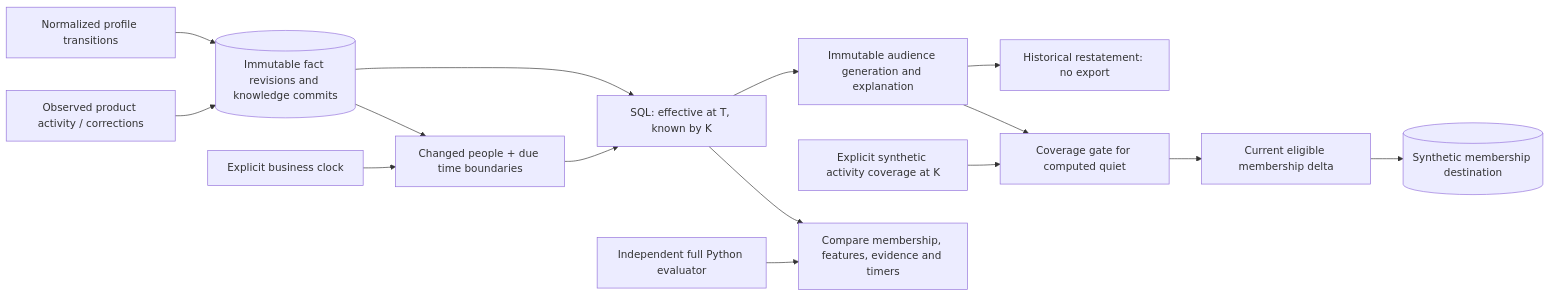
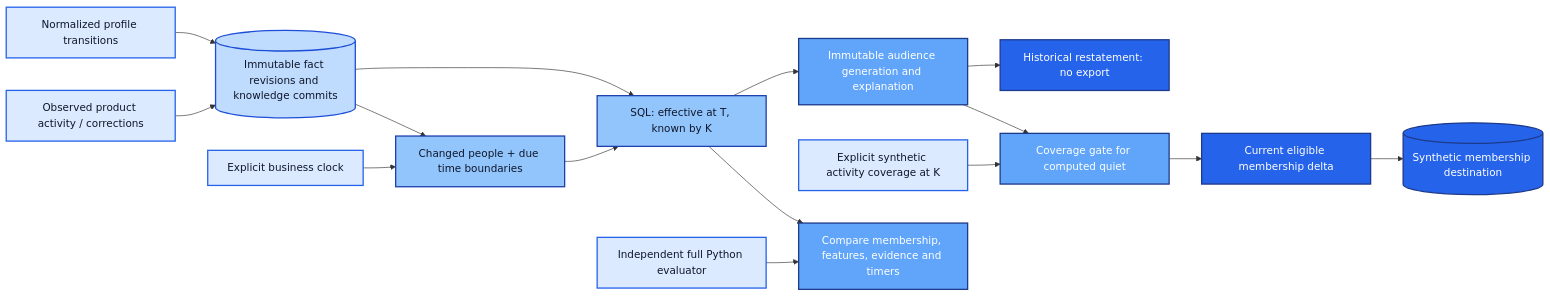
The diagram in README.md (rlbsem/temporal-customer-audiences), drawn with Mermaid before and after one commit.

Commit message:
Style architecture diagram

````diff
--- a/README.md
+++ b/README.md
@@ -24,17 +24,29 @@
 ```mermaid
 flowchart LR
   P[Normalized profile transitions] --> L[(Immutable fact revisions and knowledge commits)]
   E[Observed product activity / corrections] --> L
   L --> Q[SQL: effective at T, known by K]
   C[Explicit business clock] --> I[Changed people + due time boundaries]
   L --> I
   I --> Q
   Q --> G[Immutable audience generation and explanation]
   G --> H[Historical restatement: no export]
   G --> A[Coverage gate for computed quiet]
   SCA[Explicit synthetic activity coverage at K] --> A
   A --> D[Current eligible membership delta]
   D --> S[(Synthetic membership destination)]
   O[Independent full Python evaluator] --> V[Compare membership, features, evidence and timers]
   Q --> V
+
+  classDef input fill:#dbeafe,stroke:#2563eb,color:#0f172a,stroke-width:2px;
+  classDef foundation fill:#bfdbfe,stroke:#1d4ed8,color:#0f172a,stroke-width:2px;
+  classDef process fill:#93c5fd,stroke:#1e40af,color:#0f172a,stroke-width:2px;
+  classDef control fill:#60a5fa,stroke:#1e3a8a,color:#ffffff,stroke-width:2px;
+  classDef output fill:#2563eb,stroke:#1e3a8a,color:#ffffff,stroke-width:2px;
+
+  class P,E,C,SCA,O input;
+  class L foundation;
+  class I,Q process;
+  class G,A,V control;
+  class H,D,S output;
 ```
````
